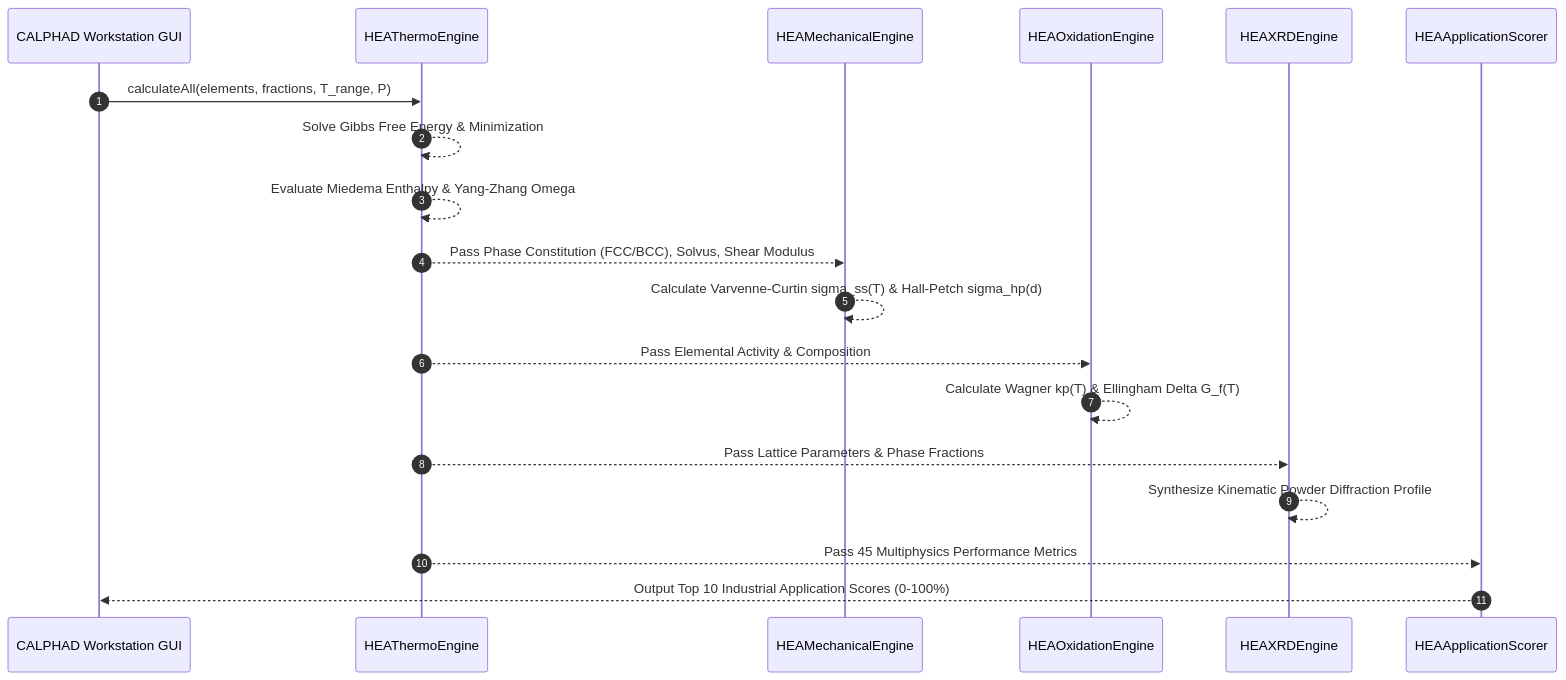
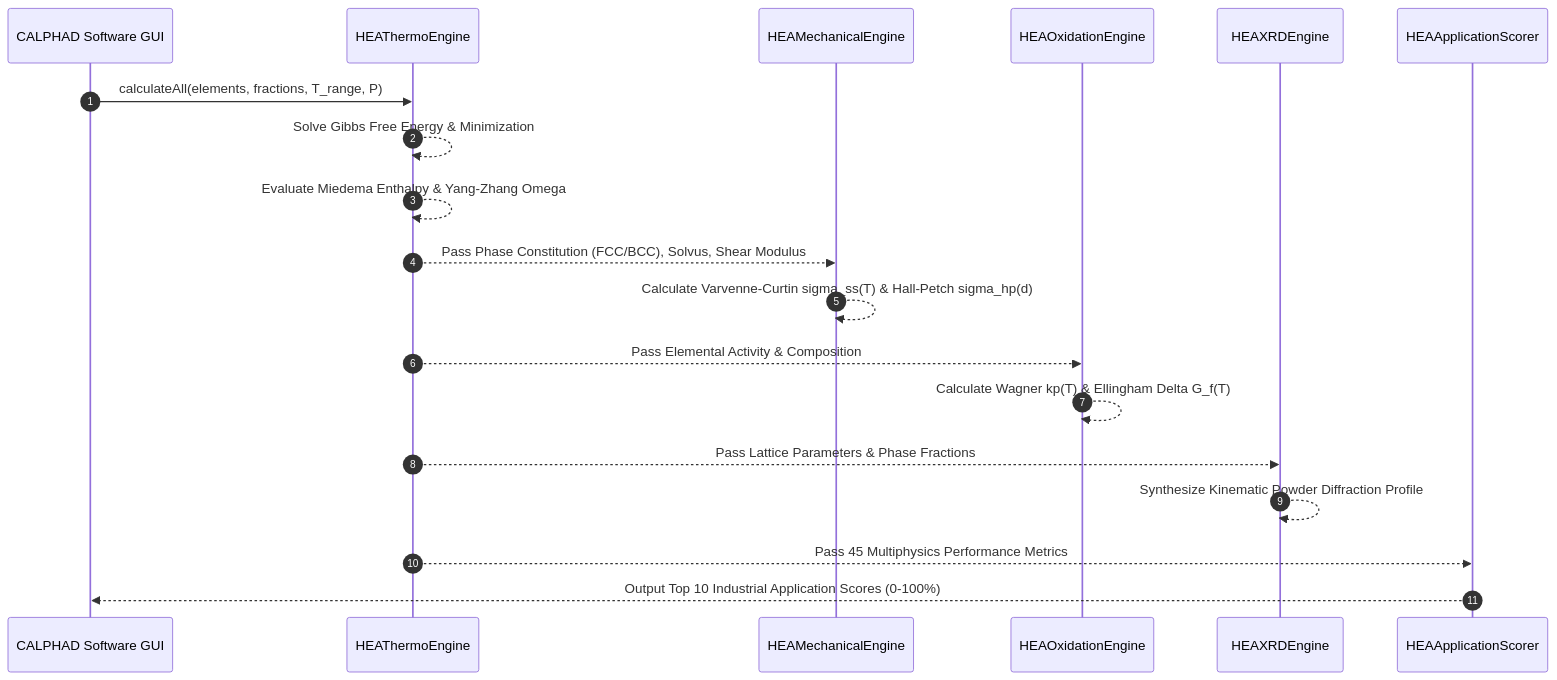
Before and after one commit to felixmwiya200/CALPHADHEACalc: the second of 2 diagrams in App/CALPHAD_DATABASES_AND_EQUATIONS_WIKI.md, drawn with Mermaid. The commit also changed other lines of this file and 52 other files, not shown here.

Commit message:
feat: implement decoupled architecture with ANSYS Fluent solver logging, purge scratch secrets, and update terminology

````diff
--- a/App/CALPHAD_DATABASES_AND_EQUATIONS_WIKI.md
+++ b/App/CALPHAD_DATABASES_AND_EQUATIONS_WIKI.md
@@ -106,22 +106,22 @@
 ```mermaid
 sequenceDiagram
     autonumber
-    participant UI as CALPHAD Workstation GUI
+    participant UI as CALPHAD Software GUI
     participant Thermo as HEAThermoEngine
     participant Mech as HEAMechanicalEngine
     participant Ox as HEAOxidationEngine
     participant XRD as HEAXRDEngine
     participant Scorer as HEAApplicationScorer
 
     UI->>Thermo: calculateAll(elements, fractions, T_range, P)
     Thermo-->>Thermo: Solve Gibbs Free Energy & Minimization
     Thermo-->>Thermo: Evaluate Miedema Enthalpy & Yang-Zhang Omega
     Thermo-->>Mech: Pass Phase Constitution (FCC/BCC), Solvus, Shear Modulus
     Mech-->>Mech: Calculate Varvenne-Curtin sigma_ss(T) & Hall-Petch sigma_hp(d)
     Thermo-->>Ox: Pass Elemental Activity & Composition
     Ox-->>Ox: Calculate Wagner kp(T) & Ellingham Delta G_f(T)
     Thermo-->>XRD: Pass Lattice Parameters & Phase Fractions
     XRD-->>XRD: Synthesize Kinematic Powder Diffraction Profile
     Thermo-->>Scorer: Pass 45 Multiphysics Performance Metrics
     Scorer-->>UI: Output Top 10 Industrial Application Scores (0-100%)
 ```
````
